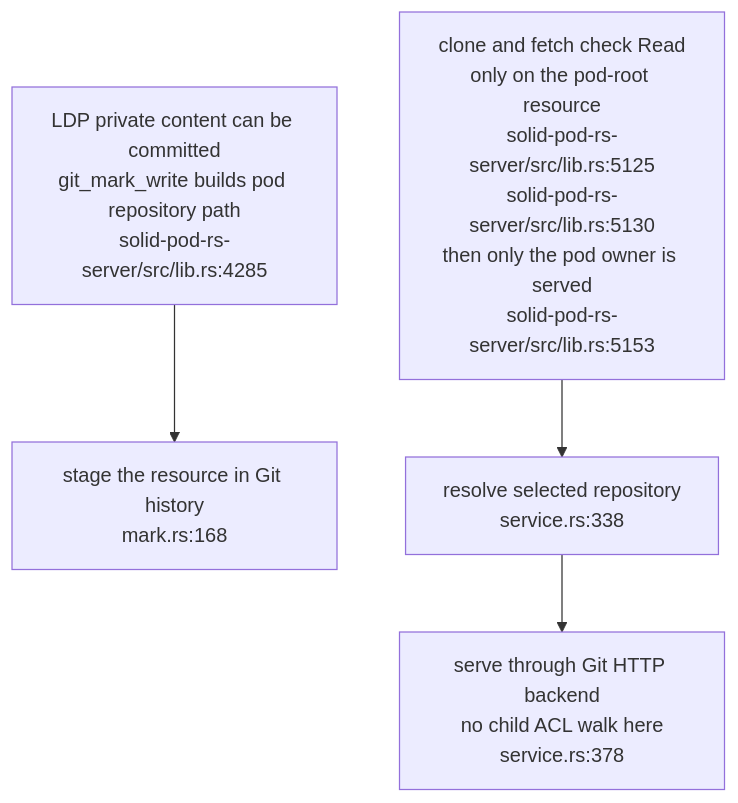
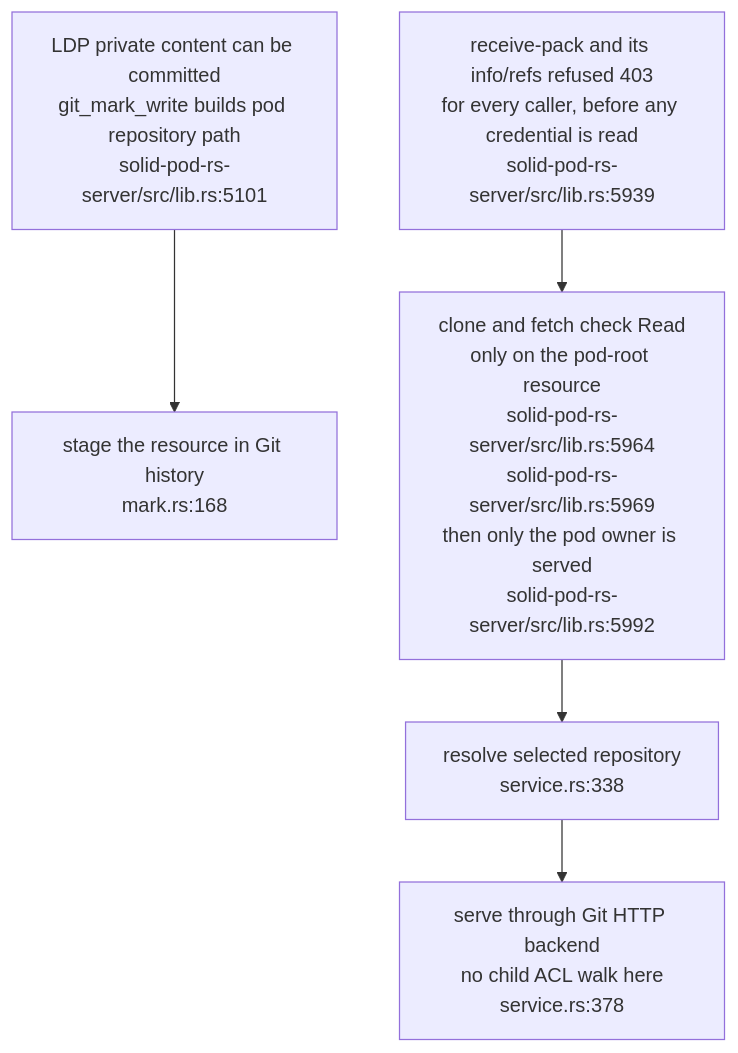
One commit to DreamLab-AI/VisionFlow changed the second of 4 diagrams in docs/diagrams/solid-pod-rs/14-git-export-boundaries.md. Above: the diagram before and after it, drawn with Mermaid. The commit also changed other lines of this file and 1 other file, not shown here.

First line of the commit message:
docs(diagrams): SP-08, SP-14 re-verified at solid-pod-rs a28a748

````diff
--- a/docs/diagrams/solid-pod-rs/14-git-export-boundaries.md
+++ b/docs/diagrams/solid-pod-rs/14-git-export-boundaries.md
@@ -46,10 +46,11 @@
 ```mermaid
 flowchart TD
-    WRITE["LDP private content can be committed<br/>git_mark_write builds pod repository path<br/>solid-pod-rs-server/src/lib.rs:4285"]
+    WRITE["LDP private content can be committed<br/>git_mark_write builds pod repository path<br/>solid-pod-rs-server/src/lib.rs:5101"]
     MARK["stage the resource in Git history<br/>mark.rs:168"]
-    READ["clone and fetch check Read<br/>only on the pod-root resource<br/>solid-pod-rs-server/src/lib.rs:5125<br/>solid-pod-rs-server/src/lib.rs:5130<br/>then only the pod owner is served<br/>solid-pod-rs-server/src/lib.rs:5153"]
+    READ["clone and fetch check Read<br/>only on the pod-root resource<br/>solid-pod-rs-server/src/lib.rs:5964<br/>solid-pod-rs-server/src/lib.rs:5969<br/>then only the pod owner is served<br/>solid-pod-rs-server/src/lib.rs:5992"]
+    PUSH["receive-pack and its info/refs refused 403<br/>for every caller, before any credential is read<br/>solid-pod-rs-server/src/lib.rs:5939"]
     SELECT["resolve selected repository<br/>service.rs:338"]
     CGI["serve through Git HTTP backend<br/>no child ACL walk here<br/>service.rs:378"]
     WRITE --> MARK
-    READ --> SELECT --> CGI
+    PUSH --> READ --> SELECT --> CGI
 ```
````
